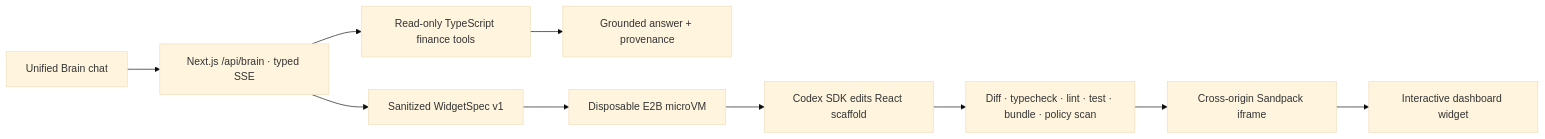
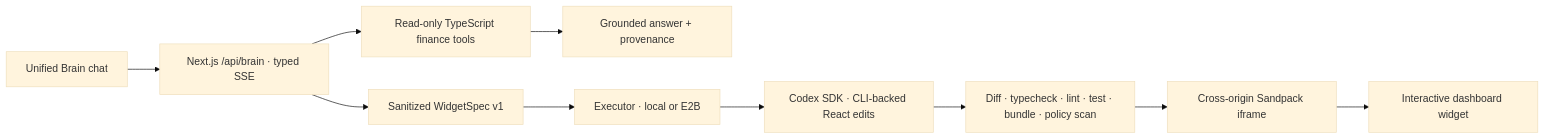
The diagram in README.md (singhsuryansh12/findex), drawn with Mermaid (base theme) before and after one commit. The commit also changed other lines of this file and 19 other files, not shown here.

````diff
--- a/README.md
+++ b/README.md
@@ -30,12 +30,12 @@
 ```mermaid
 flowchart LR
     U["Unified Brain chat"] --> R["Next.js /api/brain · typed SSE"]
     R --> Q["Read-only TypeScript finance tools"]
     Q --> A["Grounded answer + provenance"]
     R --> S["Sanitized WidgetSpec v1"]
-    S --> E["Disposable E2B microVM"]
-    E --> C["Codex SDK edits React scaffold"]
+    S --> X["Executor · local or E2B"]
+    X --> C["Codex SDK · CLI-backed React edits"]
     C --> V["Diff · typecheck · lint · test · bundle · policy scan"]
     V --> P["Cross-origin Sandpack iframe"]
     P --> W["Interactive dashboard widget"]
 ```
````
